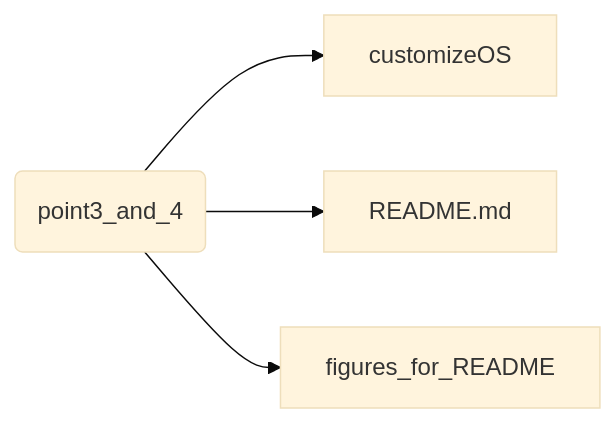
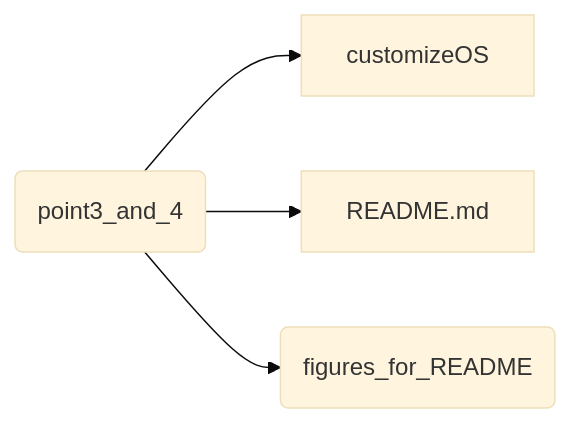
One commit to smokyisthatyou/STM32Nucleo64 changed the fourth of 4 diagrams in README.md. Above: the diagram before and after it, drawn with Mermaid. The commit also changed other lines of this file, not shown here.

````diff
--- a/README.md
+++ b/README.md
@@ -94,15 +89,13 @@
 ```mermaid
 %%{init: {'theme':'base'}}%%
 graph LR;
 p3(point3_and_4)
 p3-->customizeOS;
 p3-->README.md;
-p3-->figures_for_README;
+p3-->dir(figures_for_README);
 
 click p3 href "https://baltig.polito.it/caos2023/group2/-/tree/point3_and_4" "Link to point3_and_4";
 click customizeOS href "https://baltig.polito.it/caos2023/group2/-/tree/point3_and_4/customizeOS" "Link to customizeOS";
 click README.md href "https://baltig.polito.it/caos2023/group2/-/tree/point3_and_4/README.md" "Link to README.md";
-click figures_for_README href "https://baltig.polito.it/caos2023/group2/-/tree/point3_and_4/figures_for_README" "Link to figures_for_README";
-
-
+click dir href "https://baltig.polito.it/caos2023/group2/-/tree/point3_and_4/figures_for_README" "Link to figures_for_README";
 ```
````
